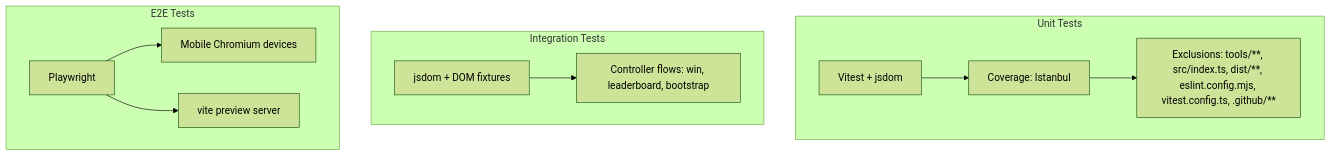
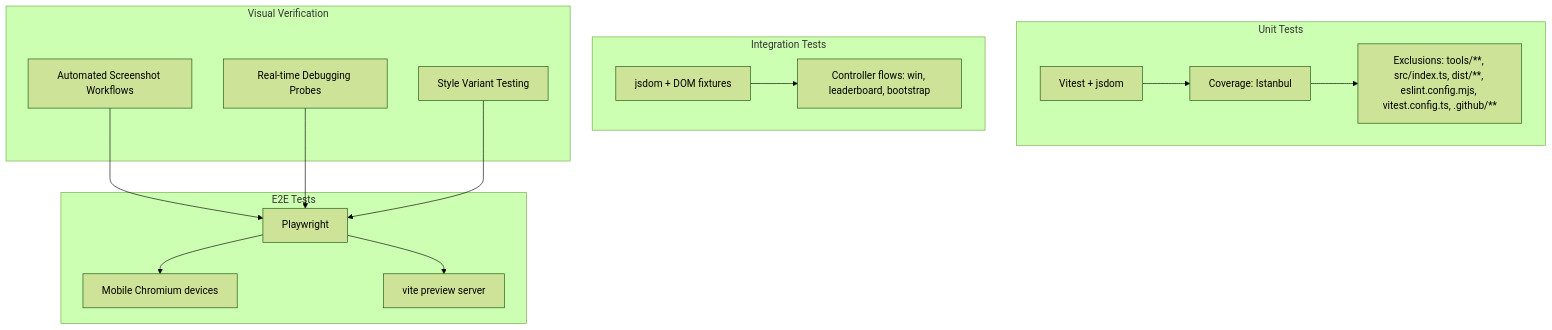
One commit to satyrlord/mb changed the second of 3 diagrams in .qoder/repowiki/en/content/Testing Framework/Testing Framework.md. Above: the diagram before and after it, drawn with Mermaid (forest theme). The commit also changed other lines of this file and 26 other files, not shown here.

````diff
--- a/.qoder/repowiki/en/content/Testing Framework/Testing Framework.md
+++ b/.qoder/repowiki/en/content/Testing Framework/Testing Framework.md
@@ -125,22 +161,30 @@
 ```mermaid
 graph TB
 subgraph "Unit Tests"
 U1["Vitest + jsdom"]
 U2["Coverage: Istanbul"]
 U3["Exclusions: tools/**, src/index.ts, dist/**, eslint.config.mjs, vitest.config.ts, .github/**"]
 end
 subgraph "Integration Tests"
 I1["jsdom + DOM fixtures"]
 I2["Controller flows: win, leaderboard, bootstrap"]
 end
 subgraph "E2E Tests"
 E1["Playwright"]
 E2["Mobile Chromium devices"]
 E3["vite preview server"]
 end
+subgraph "Visual Verification"
+V1["Automated Screenshot Workflows"]
+V2["Real-time Debugging Probes"]
+V3["Style Variant Testing"]
+end
 U1 --> U2
 U2 --> U3
 I1 --> I2
 E1 --> E2
 E1 --> E3
+V1 --> E1
+V2 --> E1
+V3 --> E1
 ```
````
